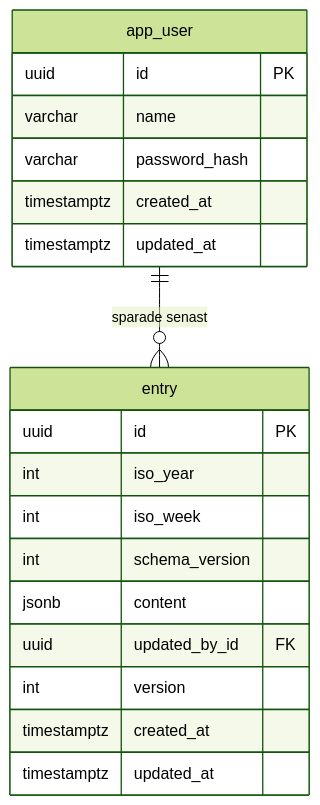
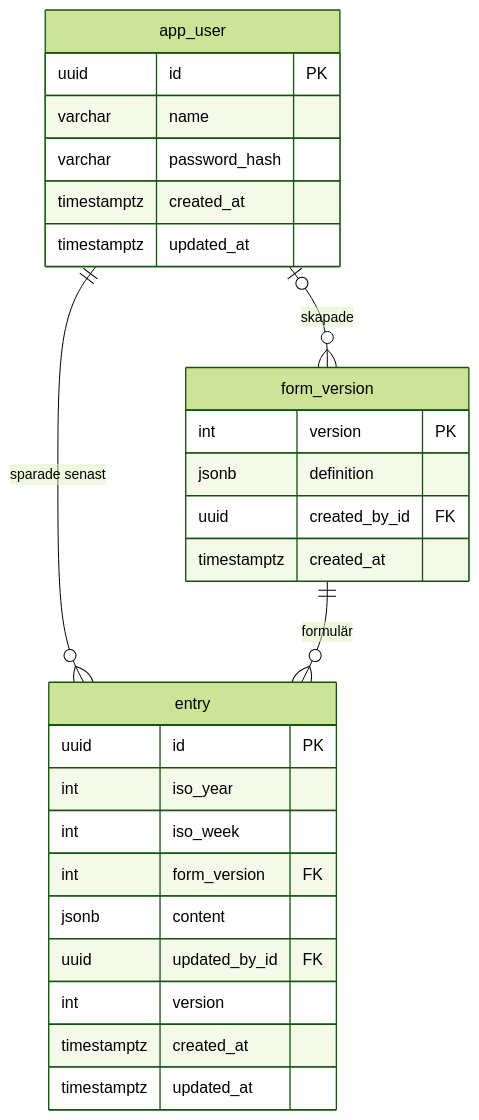
The diagram in docs/databas.md (Drachbar/SYNK), drawn with Mermaid (forest theme) before and after one commit. The commit also changed other lines of this file and 24 other files, not shown here.

````diff
--- a/docs/databas.md
+++ b/docs/databas.md
@@ -9,24 +9,33 @@
 ```mermaid
 erDiagram
     app_user ||--o{ entry : "sparade senast"
+    app_user |o--o{ form_version : "skapade"
+    form_version ||--o{ entry : "formulär"
 
     app_user {
         uuid id PK
         varchar name
         varchar password_hash
         timestamptz created_at
         timestamptz updated_at
     }
 
     entry {
         uuid id PK
         int iso_year
         int iso_week
-        int schema_version
+        int form_version FK
         jsonb content
         uuid updated_by_id FK
         int version
         timestamptz created_at
         timestamptz updated_at
     }
+
+    form_version {
+        int version PK
+        jsonb definition
+        uuid created_by_id FK
+        timestamptz created_at
+    }
 ```
````
